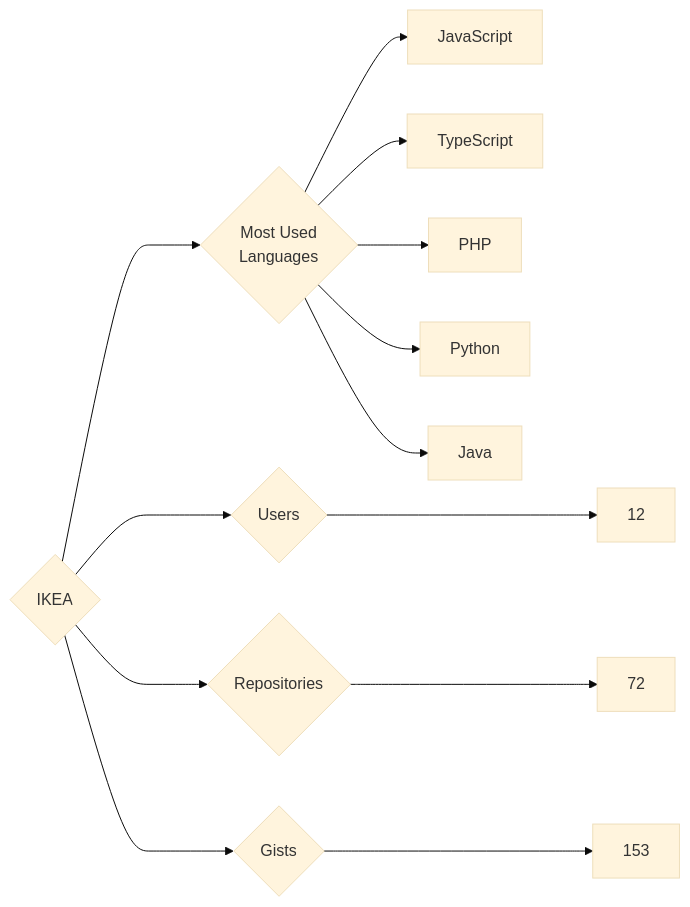
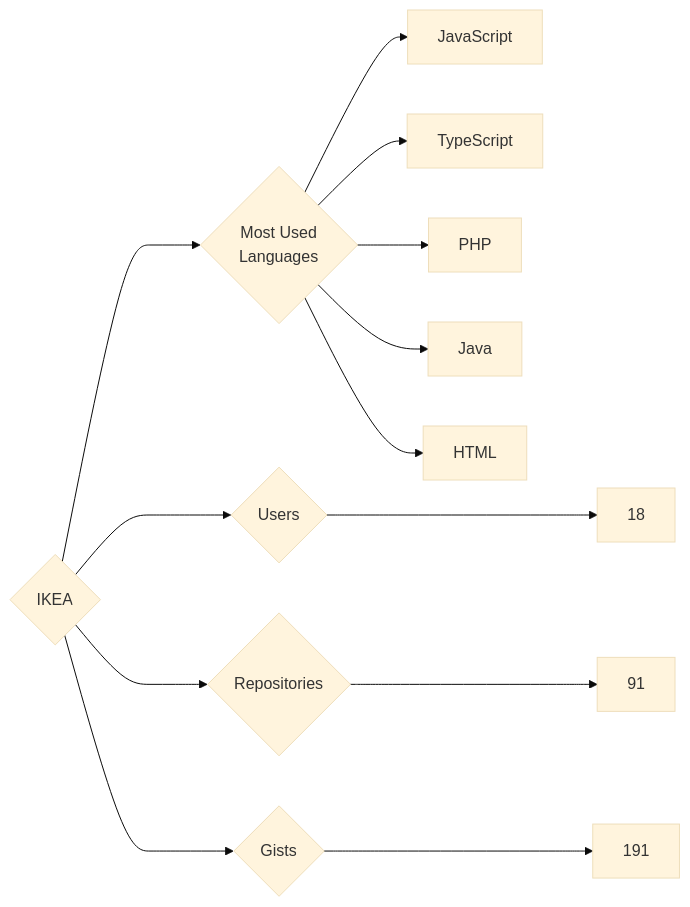
Before and after one commit to trickest/insiders: the diagram in targets/IKEA/README.md, drawn with Mermaid (base theme). The commit also changed 895 other files, not shown here.

````diff
--- a/targets/IKEA/README.md
+++ b/targets/IKEA/README.md
@@ -3,13 +3,13 @@
 ```mermaid
 graph LR
 COMPANY_NAME{IKEA}
-COMPANY_NAME ---> U{Users} ---> UN[12]
-COMPANY_NAME ---> R{Repositories} ---> RN[72]
-COMPANY_NAME ---> G{Gists} ---> GN[153]
+COMPANY_NAME ---> U{Users} ---> UN[18]
+COMPANY_NAME ---> R{Repositories} ---> RN[91]
+COMPANY_NAME ---> G{Gists} ---> GN[191]
 COMPANY_NAME ---> ML{Most Used<br>Languages}
 ML --> JavaScript[JavaScript]
 ML --> TypeScript[TypeScript]
 ML --> PHP[PHP]
-ML --> Python[Python]
 ML --> Java[Java]
+ML --> HTML[HTML]
 ```
````
